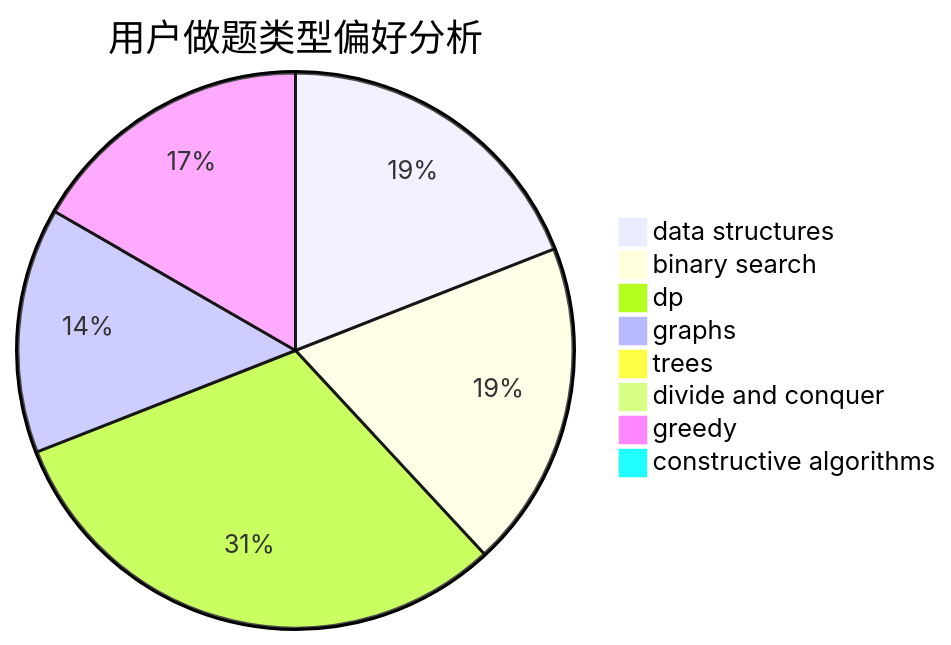
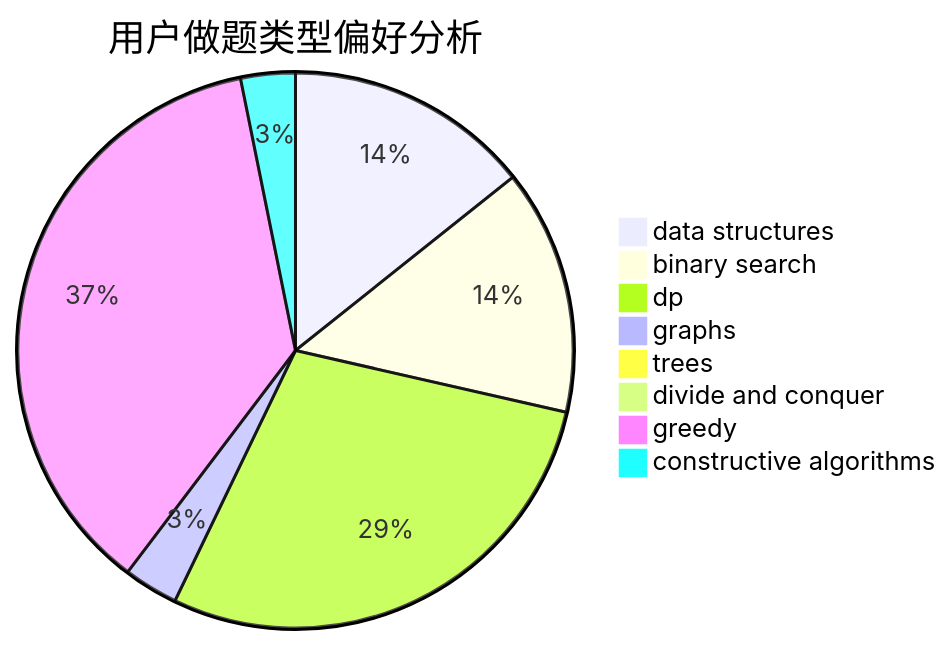
Before and after one commit to sherpahu/cfrs.github.io: the second of 3 diagrams in docs/user/u1736.md, drawn with Mermaid. The commit also changed other lines of this file and 2770 other files, not shown here.

````diff
--- a/docs/user/u1736.md
+++ b/docs/user/u1736.md
@@ -23,11 +23,11 @@
 ```mermaid
 pie title 用户做题类型偏好分析
-    "data structures" :  8
-    "binary search" :  8
-    "dp" :  13
-    "graphs" :  6
+    "data structures" :  9
+    "binary search" :  9
+    "dp" :  18
+    "graphs" :  2
     "trees" :  0
     "divide and conquer" :  0
-    "greedy" :  7
-    "constructive algorithms" :  0
+    "greedy" :  23
+    "constructive algorithms" :  2
 ```
````
